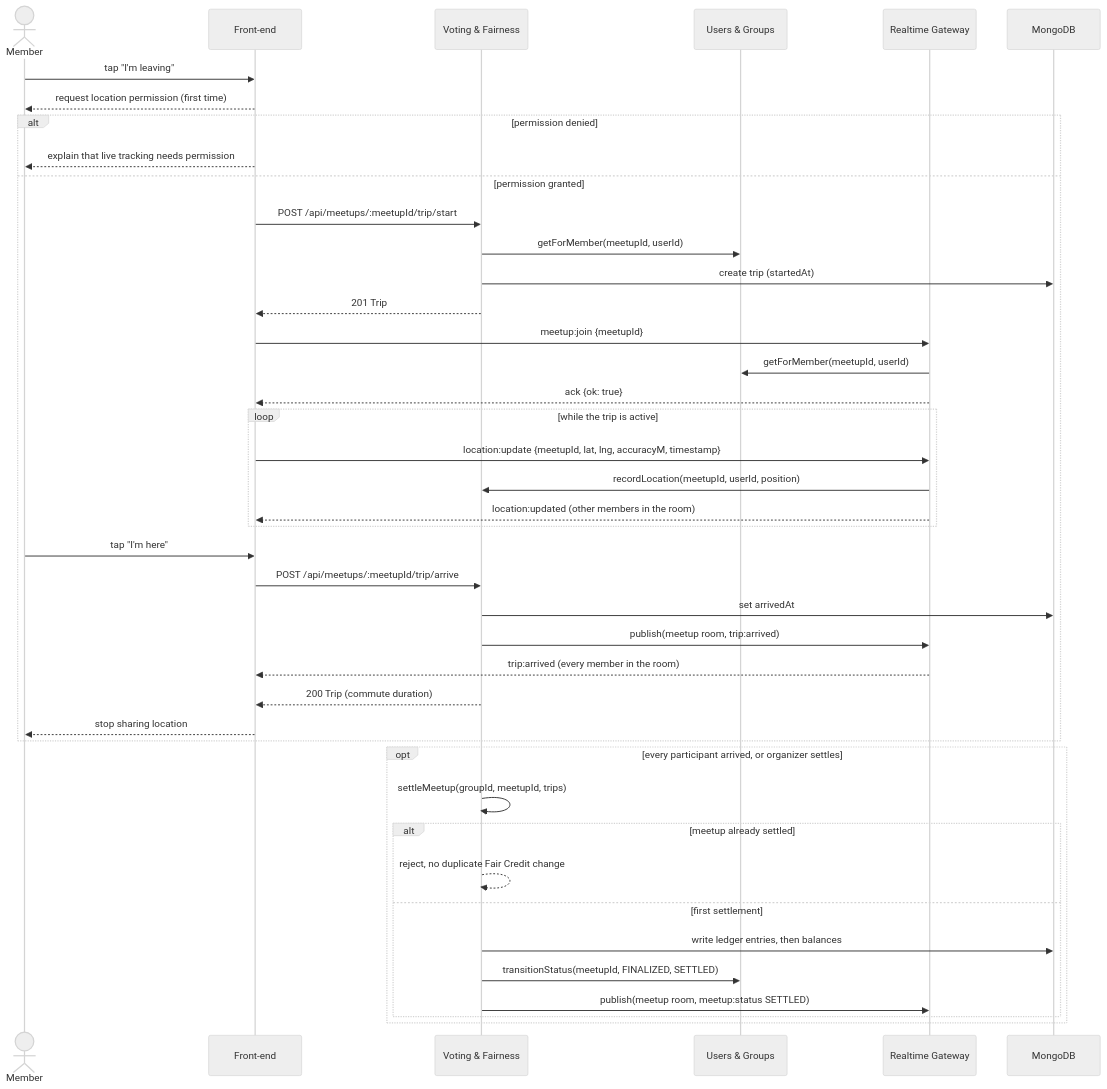
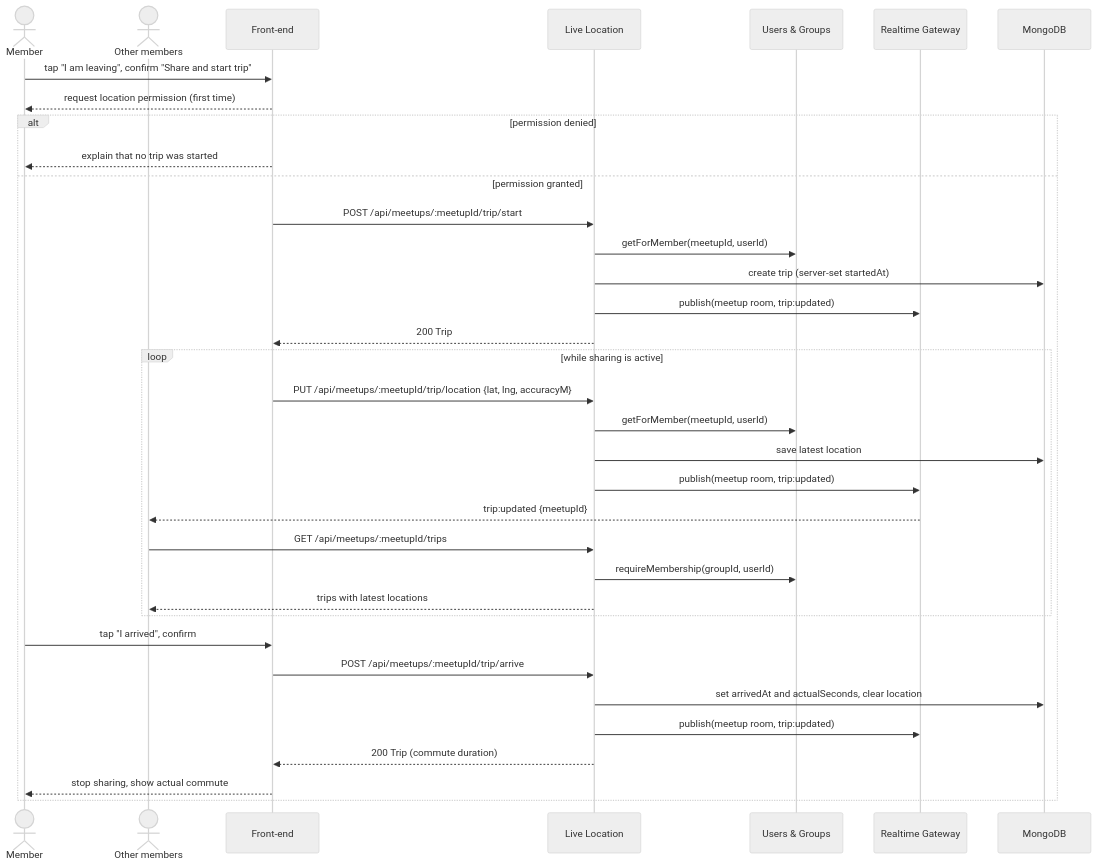
The diagram in documentation/res/SD_UC5_Share_Live_Location.mmd (w-lin5/CPEN321_MeetFair), drawn with Mermaid (neutral theme) before and after one commit. The commit also changed 4 other files, not shown here.

```diff
--- a/documentation/res/SD_UC5_Share_Live_Location.mmd
+++ b/documentation/res/SD_UC5_Share_Live_Location.mmd
@@ -1,45 +1,37 @@
-%% Use Case 5: Share Live Location (Requirements_and_Design.md section 4.6). Planned feature.
+%% Use Case 5: Share Live Location (Requirements_and_Design.md section 4.6). Fair Credit settlement is planned.
 sequenceDiagram
     actor M as Member
+    actor O as Other members
     participant FE as Front-end
-    participant VF as Voting & Fairness
+    participant LL as Live Location
     participant UG as Users & Groups
     participant RT as Realtime Gateway
     participant DB as MongoDB
 
-    M->>FE: tap "I'm leaving"
+    M->>FE: tap "I am leaving", confirm "Share and start trip"
     FE-->>M: request location permission (first time)
     alt permission denied
-        FE-->>M: explain that live tracking needs permission
+        FE-->>M: explain that no trip was started
     else permission granted
-        FE->>VF: POST /api/meetups/:meetupId/trip/start
-        VF->>UG: getForMember(meetupId, userId)
-        VF->>DB: create trip (startedAt)
-        VF-->>FE: 201 Trip
-        FE->>RT: meetup:join {meetupId}
-        RT->>UG: getForMember(meetupId, userId)
-        RT-->>FE: ack {ok: true}
-        loop while the trip is active
-            FE->>RT: location:update {meetupId, lat, lng, accuracyM, timestamp}
-            RT->>VF: recordLocation(meetupId, userId, position)
-            RT-->>FE: location:updated (other members in the room)
+        FE->>LL: POST /api/meetups/:meetupId/trip/start
+        LL->>UG: getForMember(meetupId, userId)
+        LL->>DB: create trip (server-set startedAt)
+        LL->>RT: publish(meetup room, trip:updated)
+        LL-->>FE: 200 Trip
+        loop while sharing is active
+            FE->>LL: PUT /api/meetups/:meetupId/trip/location {lat, lng, accuracyM}
+            LL->>UG: getForMember(meetupId, userId)
+            LL->>DB: save latest location
+            LL->>RT: publish(meetup room, trip:updated)
+            RT-->>O: trip:updated {meetupId}
+            O->>LL: GET /api/meetups/:meetupId/trips
+            LL->>UG: requireMembership(groupId, userId)
+            LL-->>O: trips with latest locations
         end
-        M->>FE: tap "I'm here"
-        FE->>VF: POST /api/meetups/:meetupId/trip/arrive
-        VF->>DB: set arrivedAt
-        VF->>RT: publish(meetup room, trip:arrived)
-        RT-->>FE: trip:arrived (every member in the room)
-        VF-->>FE: 200 Trip (commute duration)
-        FE-->>M: stop sharing location
+        M->>FE: tap "I arrived", confirm
+        FE->>LL: POST /api/meetups/:meetupId/trip/arrive
+        LL->>DB: set arrivedAt and actualSeconds, clear location
+        LL->>RT: publish(meetup room, trip:updated)
+        LL-->>FE: 200 Trip (commute duration)
+        FE-->>M: stop sharing, show actual commute
     end
-
-    opt every participant arrived, or organizer settles
-        VF->>VF: settleMeetup(groupId, meetupId, trips)
-        alt meetup already settled
-            VF-->>VF: reject, no duplicate Fair Credit change
-        else first settlement
-            VF->>DB: write ledger entries, then balances
-            VF->>UG: transitionStatus(meetupId, FINALIZED, SETTLED)
-            VF->>RT: publish(meetup room, meetup:status SETTLED)
-        end
-    end
```
